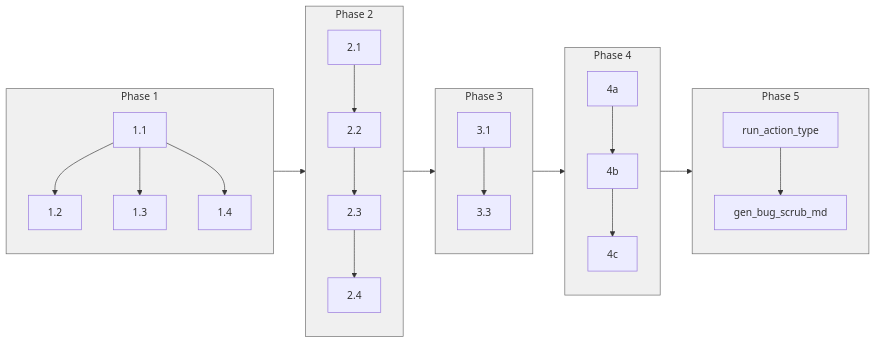
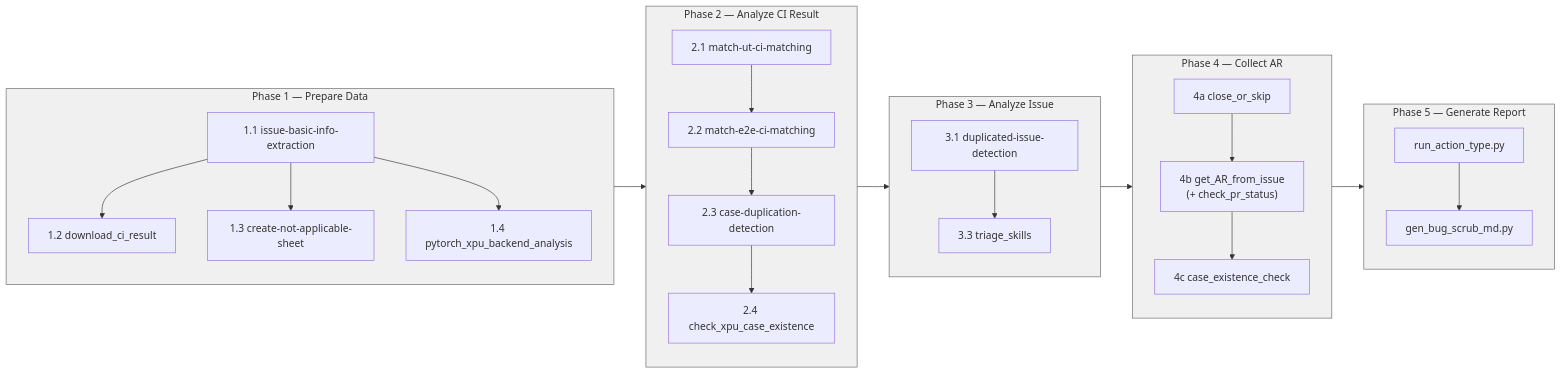
Before and after one commit to daisyden/ai_for_validation: the second of 2 diagrams in opencode/issue_triage/.claude/skills/bug_scrub/WORKFLOW.md, drawn with Mermaid.

Commit message:
Bug-scrub workflow: label skill names in execution-order diagram
The Execution Order & Dependencies graph previously used bare numeric ids
(1.1, 2.3, 4b, …). Expand each node to include the full skill name so the
graph is self-contained without needing to cross-reference the matrix above.

Authored with Claude.

````diff
--- a/opencode/issue_triage/.claude/skills/bug_scrub/WORKFLOW.md
+++ b/opencode/issue_triage/.claude/skills/bug_scrub/WORKFLOW.md
@@ -162,24 +162,24 @@
 ```mermaid
 flowchart LR
-    subgraph Prep["Phase 1"]
-        A1[1.1] --> A2[1.2]
-        A1 --> A3[1.3]
-        A1 --> A4[1.4]
+    subgraph Prep["Phase 1 — Prepare Data"]
+        A1["1.1 issue-basic-info-extraction"] --> A2["1.2 download_ci_result"]
+        A1 --> A3["1.3 create-not-applicable-sheet"]
+        A1 --> A4["1.4 pytorch_xpu_backend_analysis"]
     end
-    subgraph CI["Phase 2"]
-        B1[2.1] --> B2[2.2] --> B3[2.3] --> B4[2.4]
+    subgraph CI["Phase 2 — Analyze CI Result"]
+        B1["2.1 match-ut-ci-matching"] --> B2["2.2 match-e2e-ci-matching"] --> B3["2.3 case-duplication-detection"] --> B4["2.4 check_xpu_case_existence"]
     end
-    subgraph Issue["Phase 3"]
-        C1[3.1] --> C3[3.3]
+    subgraph Issue["Phase 3 — Analyze Issue"]
+        C1["3.1 duplicated-issue-detection"] --> C3["3.3 triage_skills"]
     end
-    subgraph AR["Phase 4"]
-        D1[4a] --> D2[4b] --> D3[4c]
+    subgraph AR["Phase 4 — Collect AR"]
+        D1["4a close_or_skip"] --> D2["4b get_AR_from_issue<br/>(+ check_pr_status)"] --> D3["4c case_existence_check"]
     end
-    subgraph Report["Phase 5"]
-        E1[run_action_type] --> E2[gen_bug_scrub_md]
+    subgraph Report["Phase 5 — Generate Report"]
+        E1["run_action_type.py"] --> E2["gen_bug_scrub_md.py"]
     end
     Prep --> CI --> Issue --> AR --> Report
 
     classDef ph fill:#f0f0f0,stroke:#666
     class Prep,CI,Issue,AR,Report ph
 ```
````
